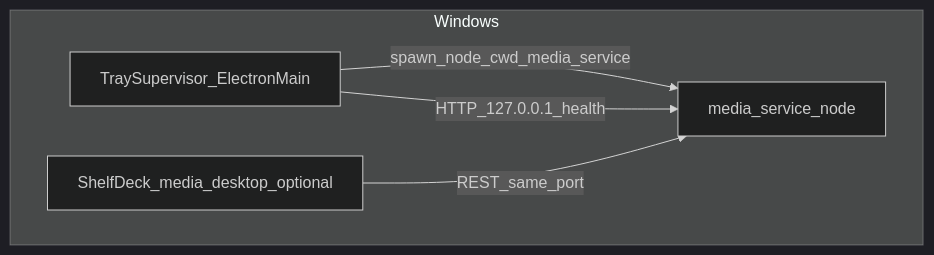
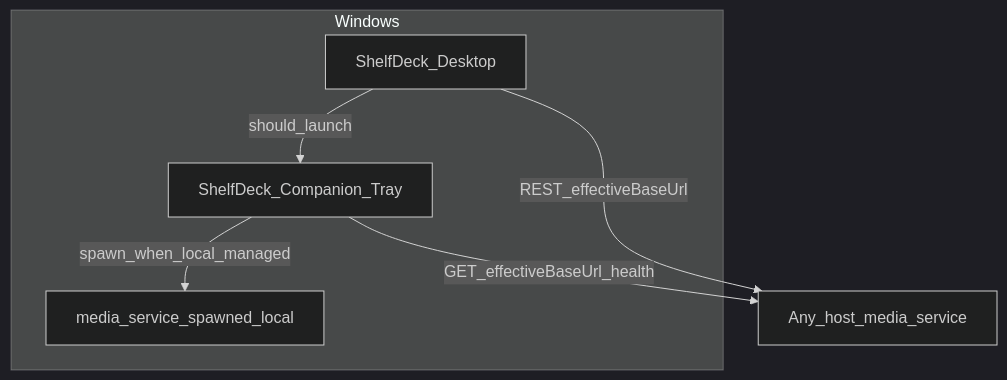
One commit to markmahoro/Shelfdeck changed the diagram in docs/architecture/ARCH_TRAY_MEDIA_SERVICE_SUPERVISOR.md. Above: the diagram before and after it, drawn with Mermaid (dark theme). The commit also changed other lines of this file and 23 other files, not shown here.

First line of the commit message:
docs: desktop backend endpoint, tray supervisor SSOT, and related governance

````diff
--- a/docs/architecture/ARCH_TRAY_MEDIA_SERVICE_SUPERVISOR.md
+++ b/docs/architecture/ARCH_TRAY_MEDIA_SERVICE_SUPERVISOR.md
@@ -27,11 +32,12 @@
 ```mermaid
 flowchart TB
   subgraph win [Windows]
-    tray[TraySupervisor_ElectronMain]
-    nodeChild[media_service_node]
-    desktop[ShelfDeck_media_desktop_optional]
+    companion[ShelfDeck_Companion_Tray]
+    nodeChild[media_service_spawned_local]
+    desktop[ShelfDeck_Desktop]
   end
-  tray -->|spawn_node_cwd_media_service| nodeChild
-  tray -->|HTTP_127.0.0.1_health| nodeChild
-  desktop -->|REST_same_port| nodeChild
+  companion -->|spawn_when_local_managed| nodeChild
+  companion -->|GET_effectiveBaseUrl_health| backend[Any_host_media_service]
+  desktop -->|REST_effectiveBaseUrl| backend
+  desktop -->|should_launch| companion
 ```
````
